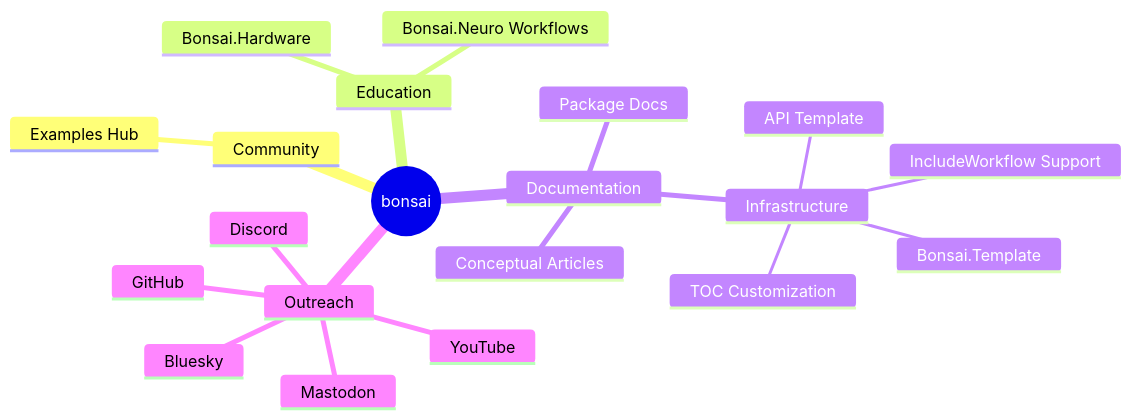
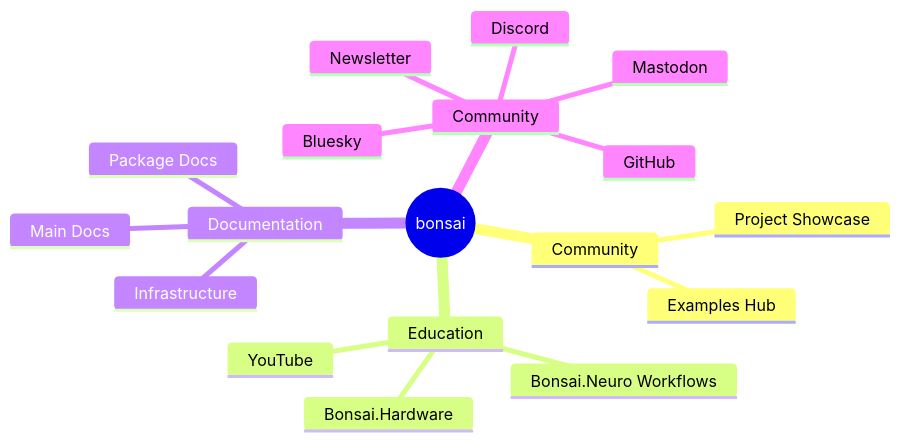
One commit to banchan86/bonsai_docs_roadmap changed the diagram in README.md. Above: the diagram before and after it, drawn with Mermaid.

Commit message:
Update mindmap

````diff
--- a/README.md
+++ b/README.md
@@ -5,23 +5,21 @@
 ```mermaid
 mindmap
   root((bonsai))
     Community
       Examples Hub
+      Project Showcase
     Education
       Bonsai.Hardware
       Bonsai.Neuro Workflows
+      YouTube
     Documentation
         Infrastructure
-          API Template
-          TOC Customization
-          Bonsai.Template
-          IncludeWorkflow Support
-        Conceptual Articles
+        Main Docs
         Package Docs
-    Outreach
+    Community
       GitHub
-      YouTube
       Discord
       Bluesky
       Mastodon
+      Newsletter
 ```
````
